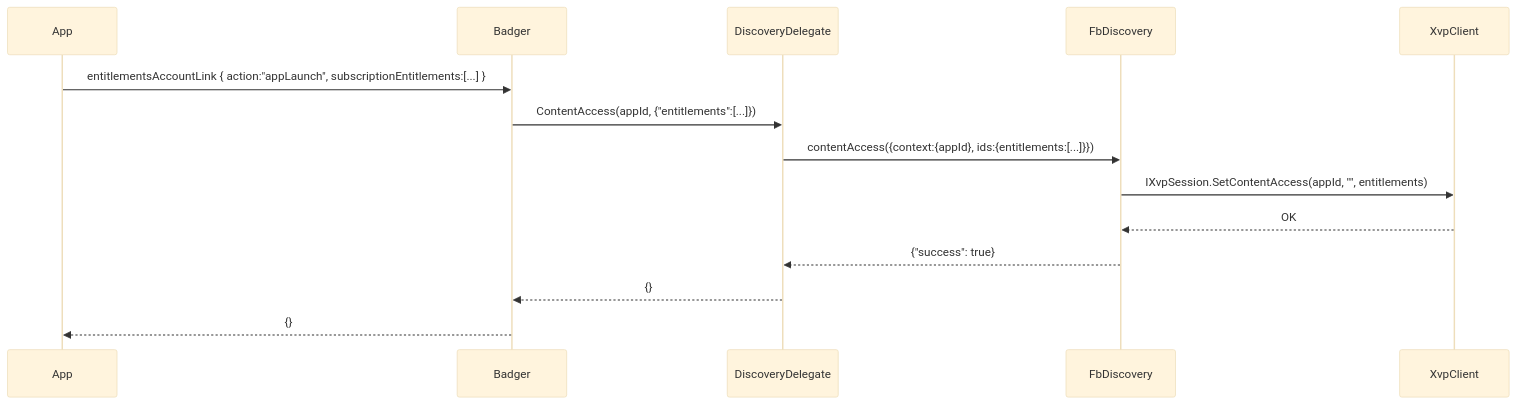
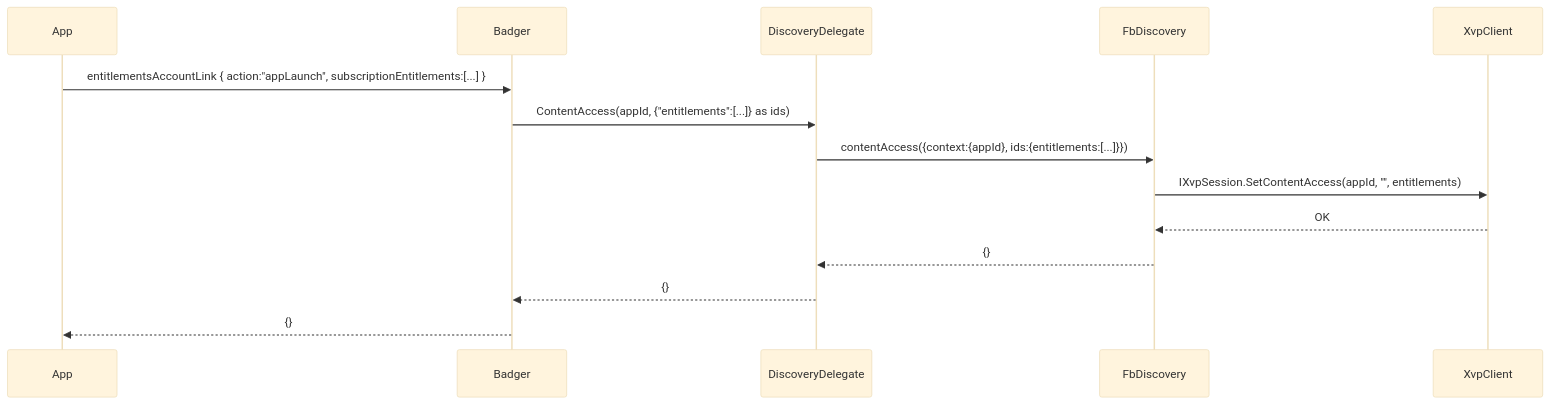
Before and after one commit to Naveennat/app-gateway2: the first of 2 diagrams in kavia-docs/entitlements-xvp-delegate-design.md, drawn with Mermaid (base theme). The commit also changed other lines of this file and 8 other files, not shown here.

````diff
--- a/kavia-docs/entitlements-xvp-delegate-design.md
+++ b/kavia-docs/entitlements-xvp-delegate-design.md
@@ -78,17 +103,17 @@
 ```mermaid
 sequenceDiagram
   participant App as App
   participant Badger as Badger
   participant Dlg as DiscoveryDelegate
   participant Disc as FbDiscovery
   participant XVP as XvpClient
 
   App->>Badger: entitlementsAccountLink { action:"appLaunch", subscriptionEntitlements:[...] }
-  Badger->>Dlg: ContentAccess(appId, {"entitlements":[...]})
+  Badger->>Dlg: ContentAccess(appId, {"entitlements":[...]} as ids)
   Dlg->>Disc: contentAccess({context:{appId}, ids:{entitlements:[...]}})
   Disc->>XVP: IXvpSession.SetContentAccess(appId, "", entitlements)
   XVP-->>Disc: OK
-  Disc-->>Dlg: {"success": true}
+  Disc-->>Dlg: {}
   Dlg-->>Badger: {}
   Badger-->>App: {}
 ```
````
